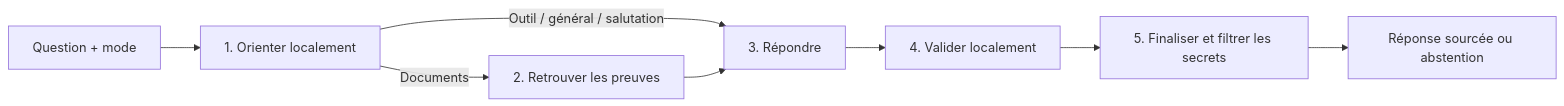
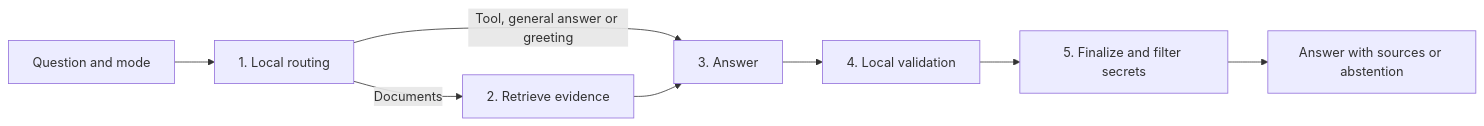
Before and after one commit to Manda404/Agentic-AI-Chat-System: the diagram in docs/ARCHITECTURE_SIMPLIFIEE.md, drawn with Mermaid. The commit also changed other lines of this file and 106 other files, not shown here.

````diff
--- a/docs/ARCHITECTURE_SIMPLIFIEE.md
+++ b/docs/ARCHITECTURE_SIMPLIFIEE.md
@@ -15,10 +15,10 @@
 ```mermaid
 flowchart LR
-  U[Question + mode] --> R[1. Orienter localement]
-  R -->|Documents| S[2. Retrouver les preuves]
-  R -->|Outil / général / salutation| A[3. Répondre]
-  S --> A
-  A --> V[4. Valider localement]
-  V --> F[5. Finaliser et filtrer les secrets]
-  F --> O[Réponse sourcée ou abstention]
+    U[Question and mode] --> R[1. Local routing]
+    R -->|Documents| S[2. Retrieve evidence]
+    R -->|Tool, general answer or greeting| A[3. Answer]
+    S --> A
+    A --> V[4. Local validation]
+    V --> F[5. Finalize and filter secrets]
+    F --> O[Answer with sources or abstention]
 ```
````
